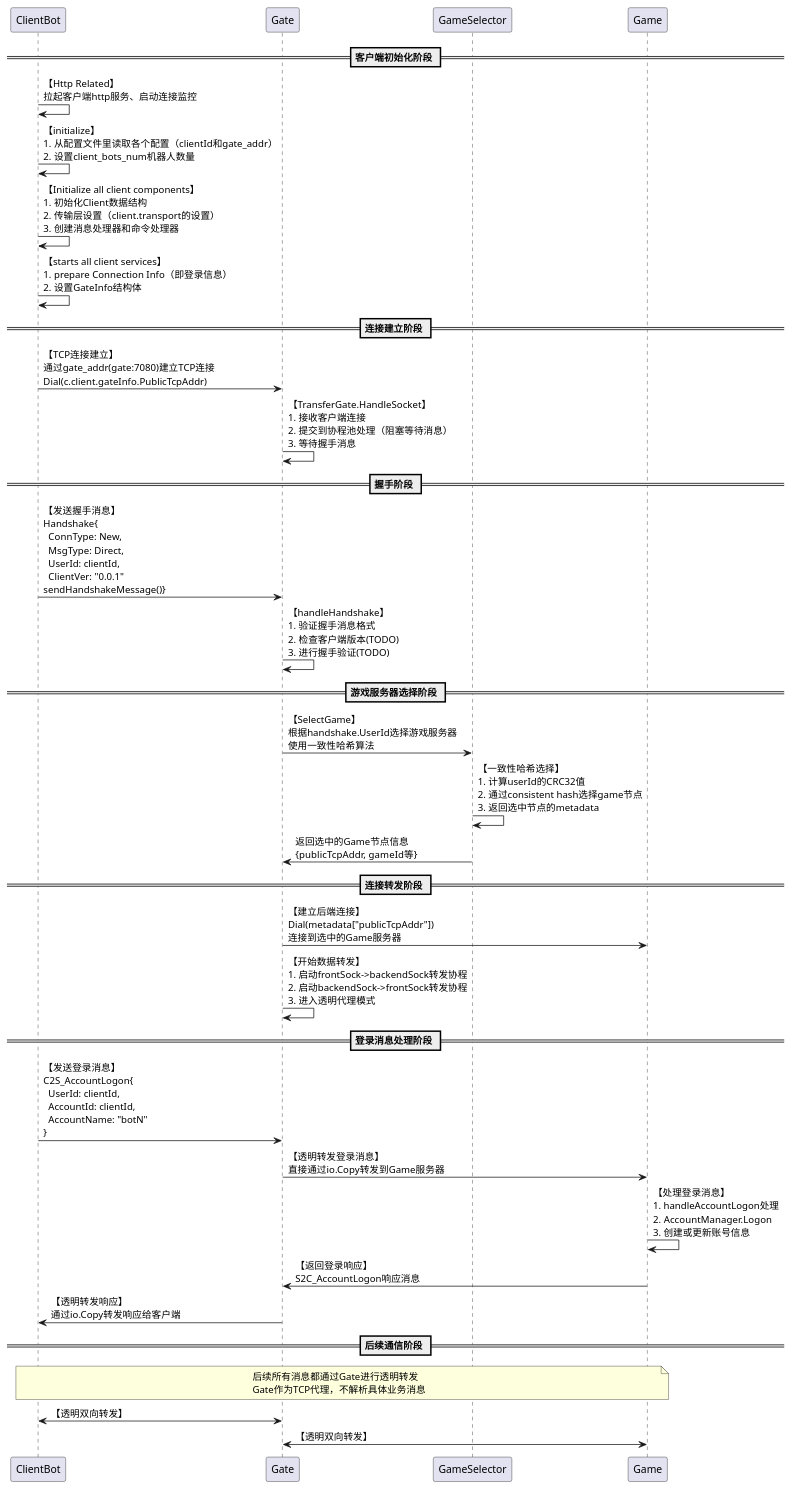
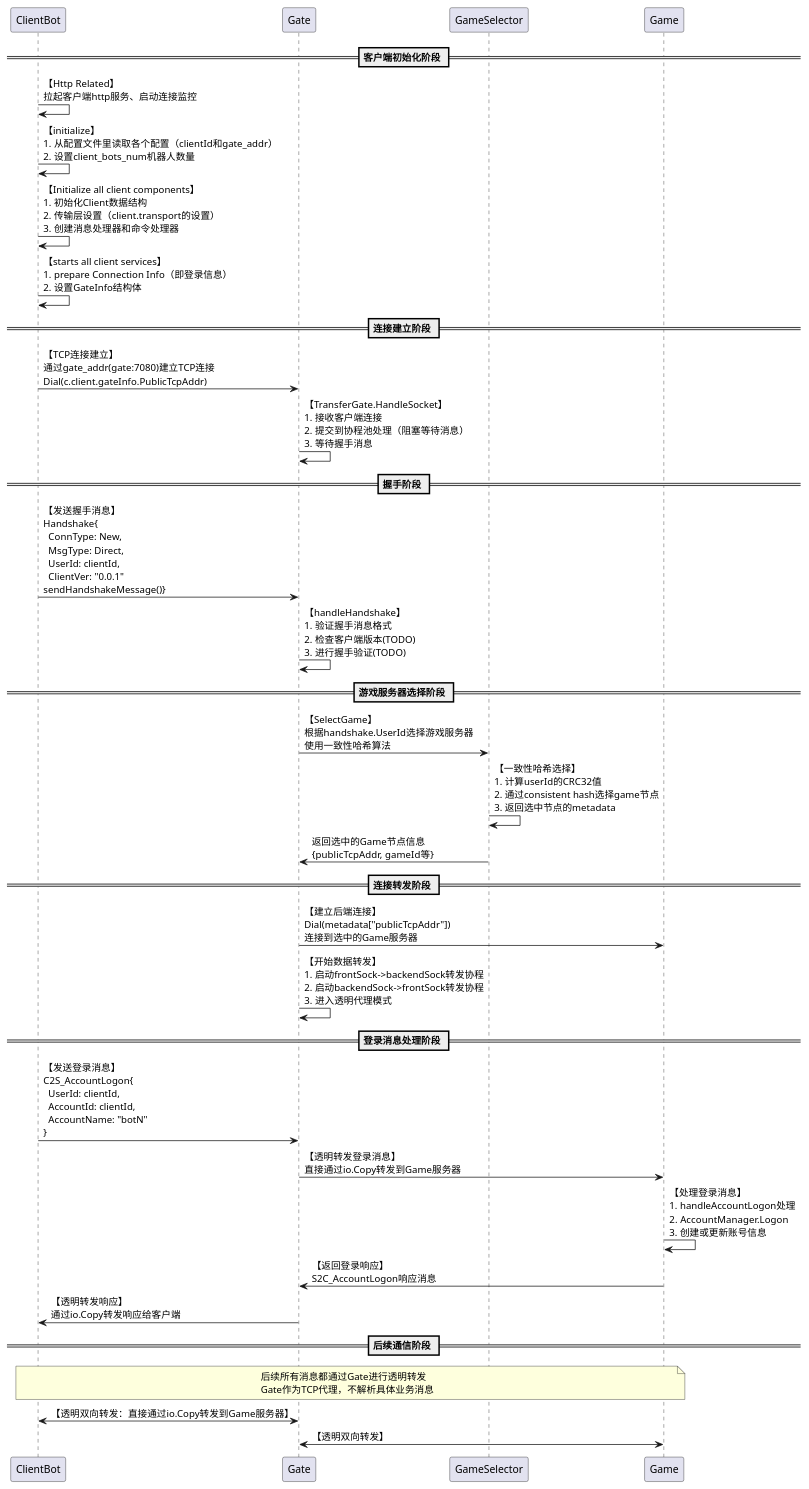
The diagram in umls/timeSeries.puml (SpeitzerPatrick/server), drawn with PlantUML before and after one commit. The commit also changed 12 other files, not shown here.

```diff
--- a/umls/timeSeries.puml
+++ b/umls/timeSeries.puml
@@ -1,42 +1,42 @@
 @startuml
 participant ClientBot
 participant Gate
 participant GameSelector
 participant Game
 
 == 客户端初始化阶段 ==
 ClientBot -> ClientBot: 【Http Related】\n拉起客户端http服务、启动连接监控
 ClientBot -> ClientBot: 【initialize】\n1. 从配置文件里读取各个配置（clientId和gate_addr）\n2. 设置client_bots_num机器人数量
 ClientBot -> ClientBot: 【Initialize all client components】\n1. 初始化Client数据结构\n2. 传输层设置（client.transport的设置）\n3. 创建消息处理器和命令处理器
 ClientBot -> ClientBot: 【starts all client services】\n1. prepare Connection Info（即登录信息）\n2. 设置GateInfo结构体
 
 == 连接建立阶段 ==
 ClientBot -> Gate: 【TCP连接建立】\n通过gate_addr(gate:7080)建立TCP连接\nDial(c.client.gateInfo.PublicTcpAddr)
 Gate -> Gate: 【TransferGate.HandleSocket】\n1. 接收客户端连接\n2. 提交到协程池处理（阻塞等待消息）\n3. 等待握手消息
 
 == 握手阶段 ==
 ClientBot -> Gate: 【发送握手消息】\nHandshake{\n  ConnType: New,\n  MsgType: Direct,\n  UserId: clientId,\n  ClientVer: "0.0.1"\nsendHandshakeMessage()}
 Gate -> Gate: 【handleHandshake】\n1. 验证握手消息格式\n2. 检查客户端版本(TODO)\n3. 进行握手验证(TODO)
 
 == 游戏服务器选择阶段 ==
 Gate -> GameSelector: 【SelectGame】\n根据handshake.UserId选择游戏服务器\n使用一致性哈希算法
 GameSelector -> GameSelector: 【一致性哈希选择】\n1. 计算userId的CRC32值\n2. 通过consistent hash选择game节点\n3. 返回选中节点的metadata
 GameSelector -> Gate: 返回选中的Game节点信息\n{publicTcpAddr, gameId等}
 
 == 连接转发阶段 ==
 Gate -> Game: 【建立后端连接】\nDial(metadata["publicTcpAddr"])\n连接到选中的Game服务器
 Gate -> Gate: 【开始数据转发】\n1. 启动frontSock->backendSock转发协程\n2. 启动backendSock->frontSock转发协程\n3. 进入透明代理模式
 
 == 登录消息处理阶段 ==
 ClientBot -> Gate: 【发送登录消息】\nC2S_AccountLogon{\n  UserId: clientId,\n  AccountId: clientId,\n  AccountName: "botN"\n}
 Gate -> Game: 【透明转发登录消息】\n直接通过io.Copy转发到Game服务器
 Game -> Game: 【处理登录消息】\n1. handleAccountLogon处理\n2. AccountManager.Logon\n3. 创建或更新账号信息
 Game -> Gate: 【返回登录响应】\nS2C_AccountLogon响应消息
 Gate -> ClientBot: 【透明转发响应】\n通过io.Copy转发响应给客户端
 
 == 后续通信阶段 ==
 note over ClientBot, Game: 后续所有消息都通过Gate进行透明转发\nGate作为TCP代理，不解析具体业务消息
-ClientBot <-> Gate: 【透明双向转发】
+ClientBot <-> Gate: 【透明双向转发：直接通过io.Copy转发到Game服务器】
 Gate <-> Game: 【透明双向转发】
 
 @enduml
```
